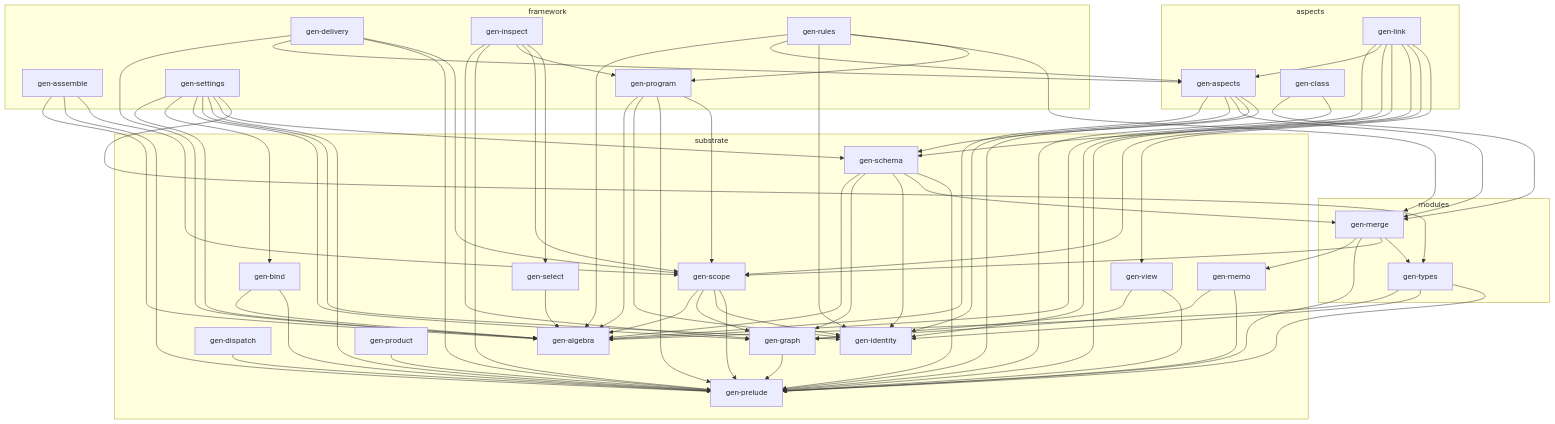
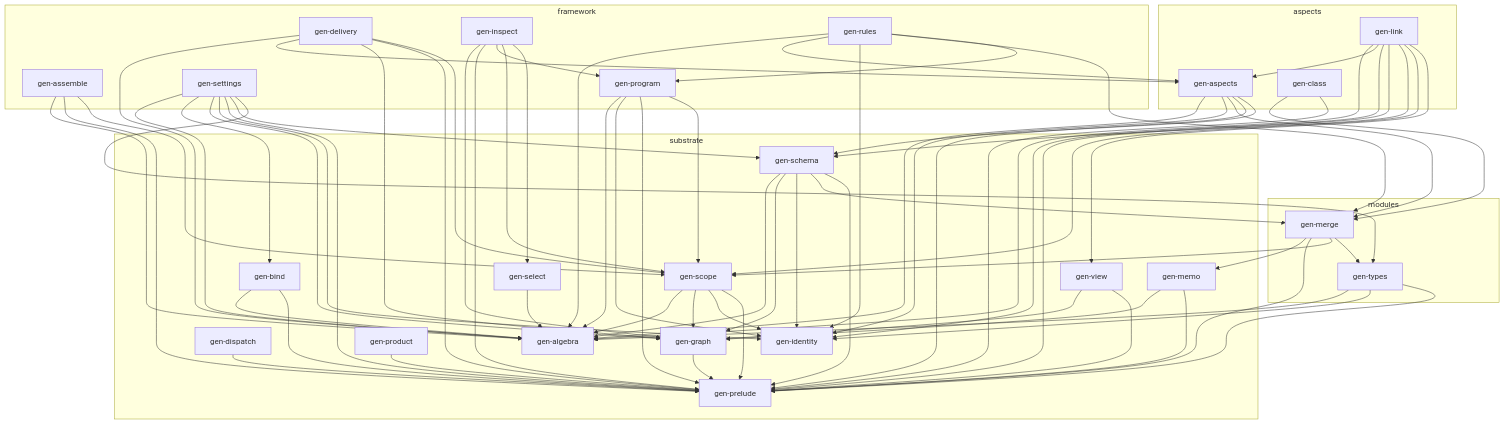
The first of 4 diagrams in ARCHITECTURE.md (sini/gen), drawn with Mermaid before and after one commit. The commit also changed other lines of this file and 1 other file, not shown here.

Commit message:
delivery surface: forward (pinned paths) and the gen-delivery -> gen-graph library edge (ARCHITECTURE.md)

```diff
--- a/ARCHITECTURE.md
+++ b/ARCHITECTURE.md
@@ -85,6 +85,7 @@
   gen_class --> gen_prelude
   gen_delivery --> gen_algebra
   gen_delivery --> gen_aspects
+  gen_delivery --> gen_graph
   gen_delivery --> gen_prelude
   gen_delivery --> gen_scope
   gen_dispatch --> gen_prelude
```
